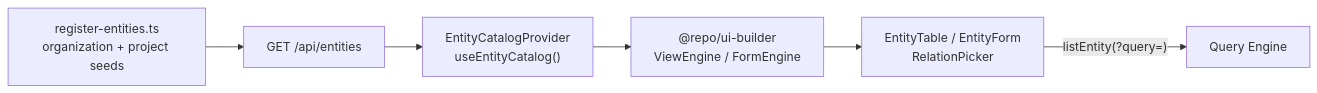
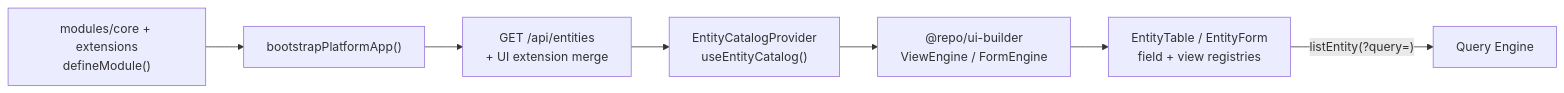
Before and after one commit to AndresLGomezO/spa-base: the diagram in docs/advanced-ui-builder-guide.md, drawn with Mermaid. The commit also changed other lines of this file and 71 other files, not shown here.

````diff
--- a/docs/advanced-ui-builder-guide.md
+++ b/docs/advanced-ui-builder-guide.md
@@ -11,14 +11,16 @@
 ```mermaid
 flowchart LR
-  Registry["register-entities.ts\norganization + project seeds"]
-  API["GET /api/entities"]
+  Modules["modules/core + extensions\ndefineModule()"]
+  Bootstrap["bootstrapPlatformApp()"]
+  API["GET /api/entities\n+ UI extension merge"]
   Catalog["EntityCatalogProvider\nuseEntityCatalog()"]
   Builder["@repo/ui-builder\nViewEngine / FormEngine"]
-  Web["EntityTable / EntityForm\nRelationPicker"]
+  Web["EntityTable / EntityForm\nfield + view registries"]
 
-  Registry --> API
+  Modules --> Bootstrap
+  Bootstrap --> API
   API --> Catalog
   Catalog --> Builder
   Builder --> Web
   Web -->|"listEntity(?query=)"| QueryEngine["Query Engine"]
 ```
````
